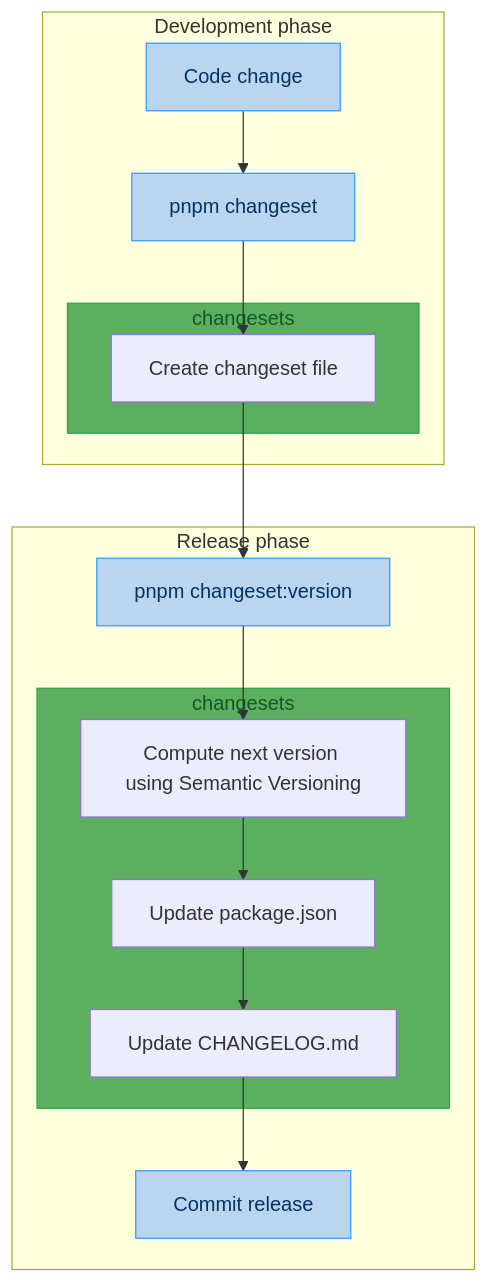
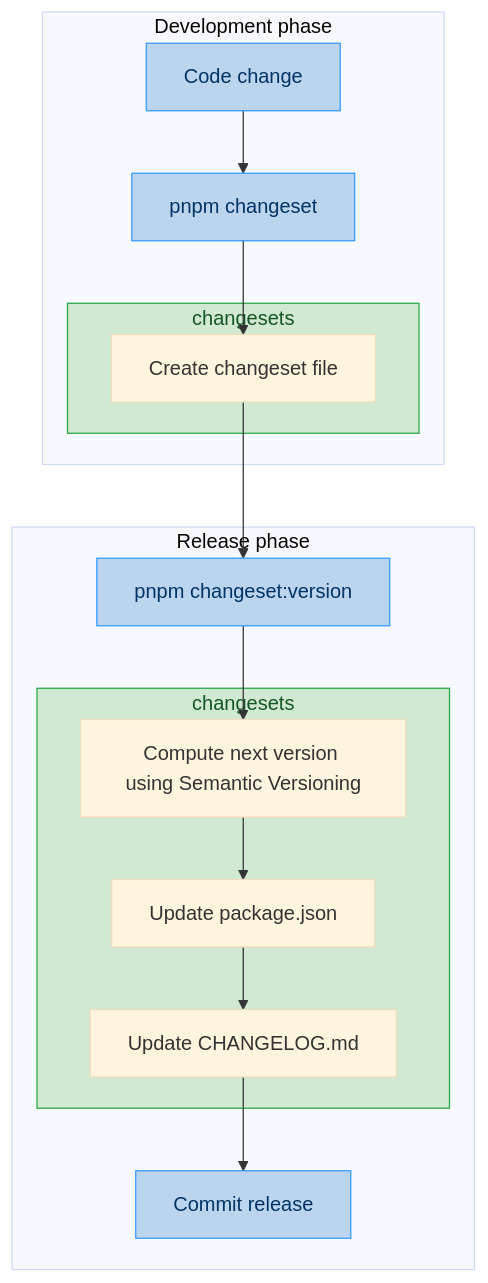
Before and after one commit to kalisio/common-ekosystem: the diagram in docs/overview/contributing.md, drawn with Mermaid. The commit also changed other lines of this file, not shown here.

````diff
--- a/docs/overview/contributing.md
+++ b/docs/overview/contributing.md
@@ -104,36 +104,37 @@
 ```mermaid
+%%{init: {'theme': 'base', 'themeVariables': {'lineColor': '#333333'}}}%%
 flowchart TD
     subgraph Development phase
         A[Code change]:::developer
         B[pnpm changeset]:::developer
         A --> B
 
         subgraph changesets-dev[changesets]
             C[Create changeset file]
         end
 
         B --> C
     end
 
     subgraph Release phase
         D[pnpm changeset:version]:::developer
         D --> E
 
         subgraph changesets-release[changesets]
             E[Compute next version using Semantic Versioning]
             F[Update package.json]
             G[Update CHANGELOG.md]
             E --> F --> G
         end
 
         H[Commit release]:::developer
         G --> H
     end
 
     C --> D
 
     %% Styling
     classDef developer fill:#bbd5ee,stroke:#3399ff,stroke-width:1px,color:#003366;
-    style changesets-dev fill:#5daf60,stroke:#28a745,stroke-width:1px,color:#155724;
-    style changesets-release fill:#5daf60,stroke:#28a745,stroke-width:1px,color:#155724;
+    style changesets-dev fill:#d1e8d2,stroke:#28a745,stroke-width:1px,color:#155724;
+    style changesets-release fill:#d1e8d2,stroke:#28a745,stroke-width:1px,color:#155724;
 ```
````
